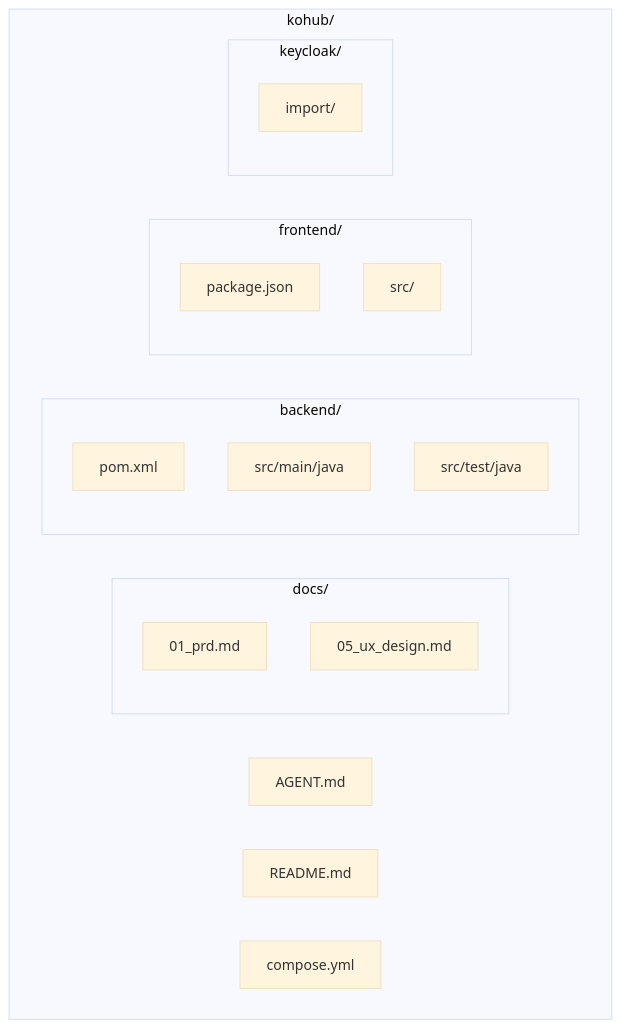
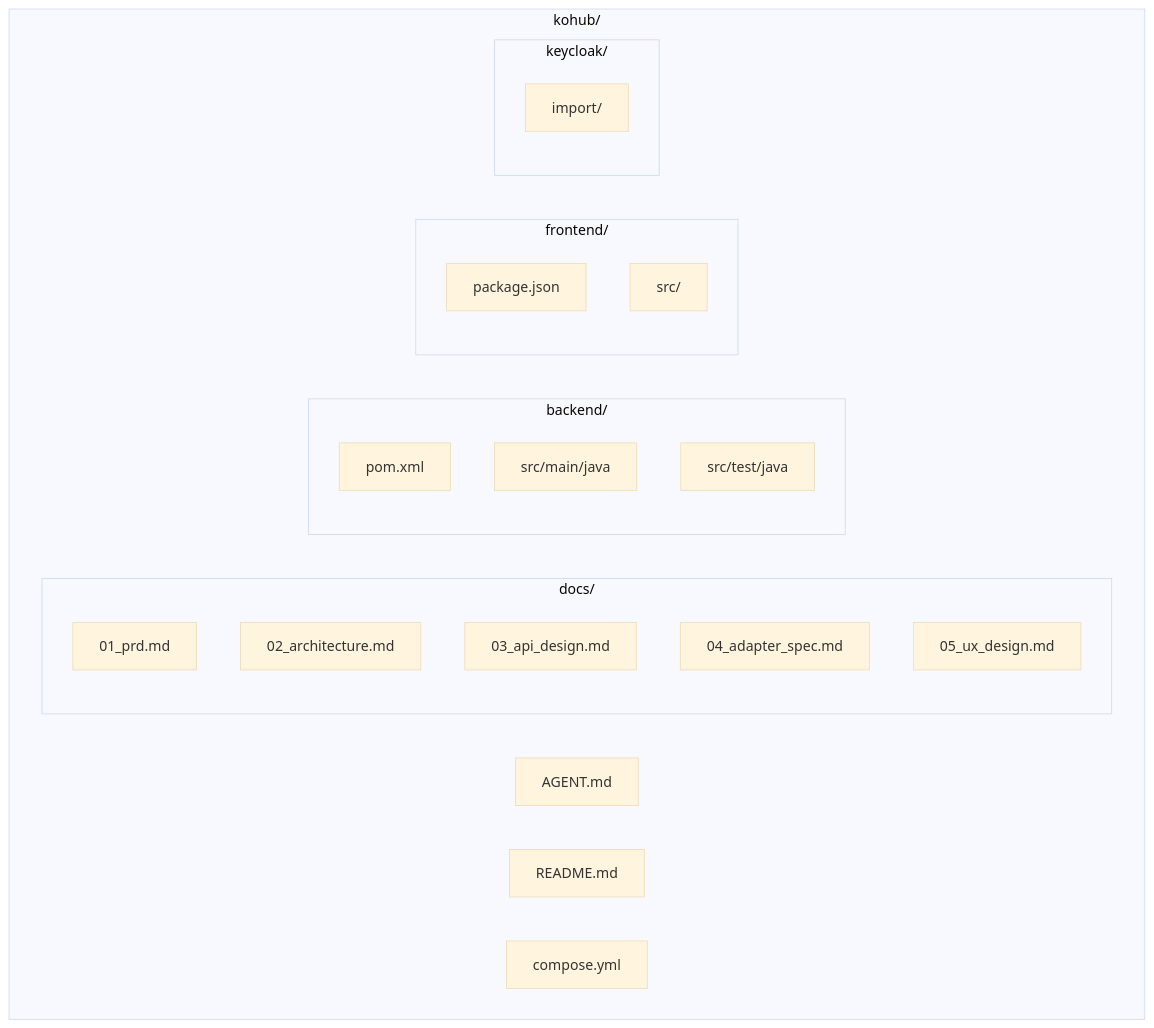
One commit to bullpae/kohub changed the fourth of 5 diagrams in README.md. Above: the diagram before and after it, drawn with Mermaid (base theme). The commit also changed other lines of this file and 4 other files, not shown here.

````diff
--- a/README.md
+++ b/README.md
@@ -146,28 +146,31 @@
 ```mermaid
 flowchart TB
     subgraph Root[kohub/]
         AGENT[AGENT.md]
         README[README.md]
         COMPOSE[compose.yml]
         
         subgraph Docs[docs/]
             D1[01_prd.md]
-            D2[05_ux_design.md]
+            D2[02_architecture.md]
+            D3[03_api_design.md]
+            D4[04_adapter_spec.md]
+            D5[05_ux_design.md]
         end
         
         subgraph BE[backend/]
             POM[pom.xml]
             SRC1[src/main/java]
             SRC2[src/test/java]
         end
         
         subgraph FE[frontend/]
             PKG[package.json]
             SRCF[src/]
         end
         
         subgraph KC[keycloak/]
             IMP[import/]
         end
     end
 ```
````
